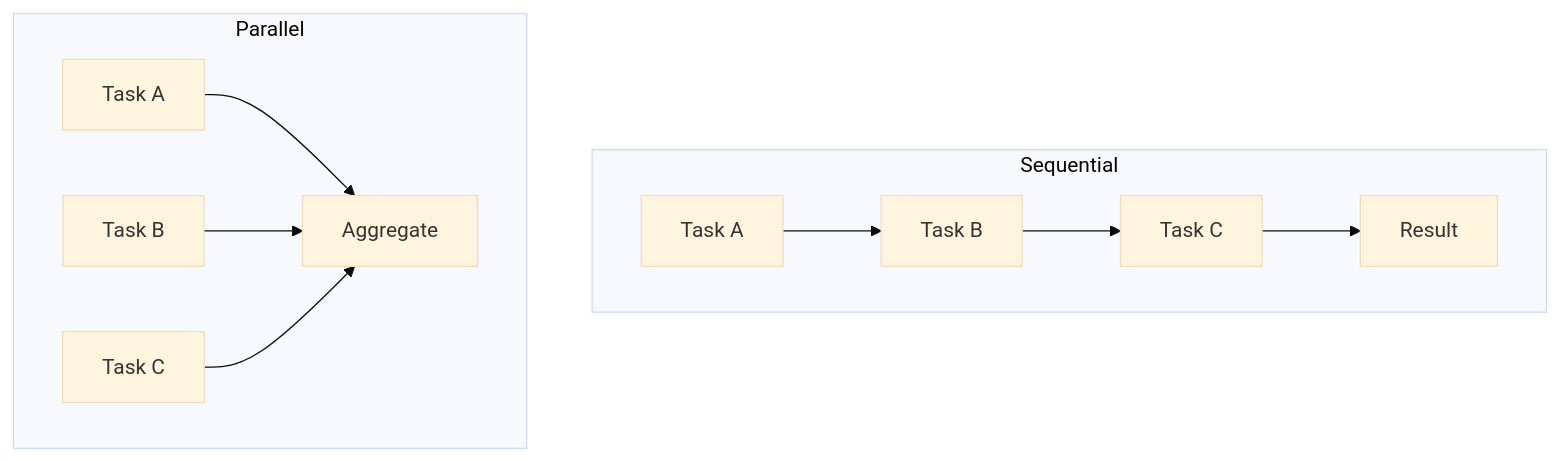
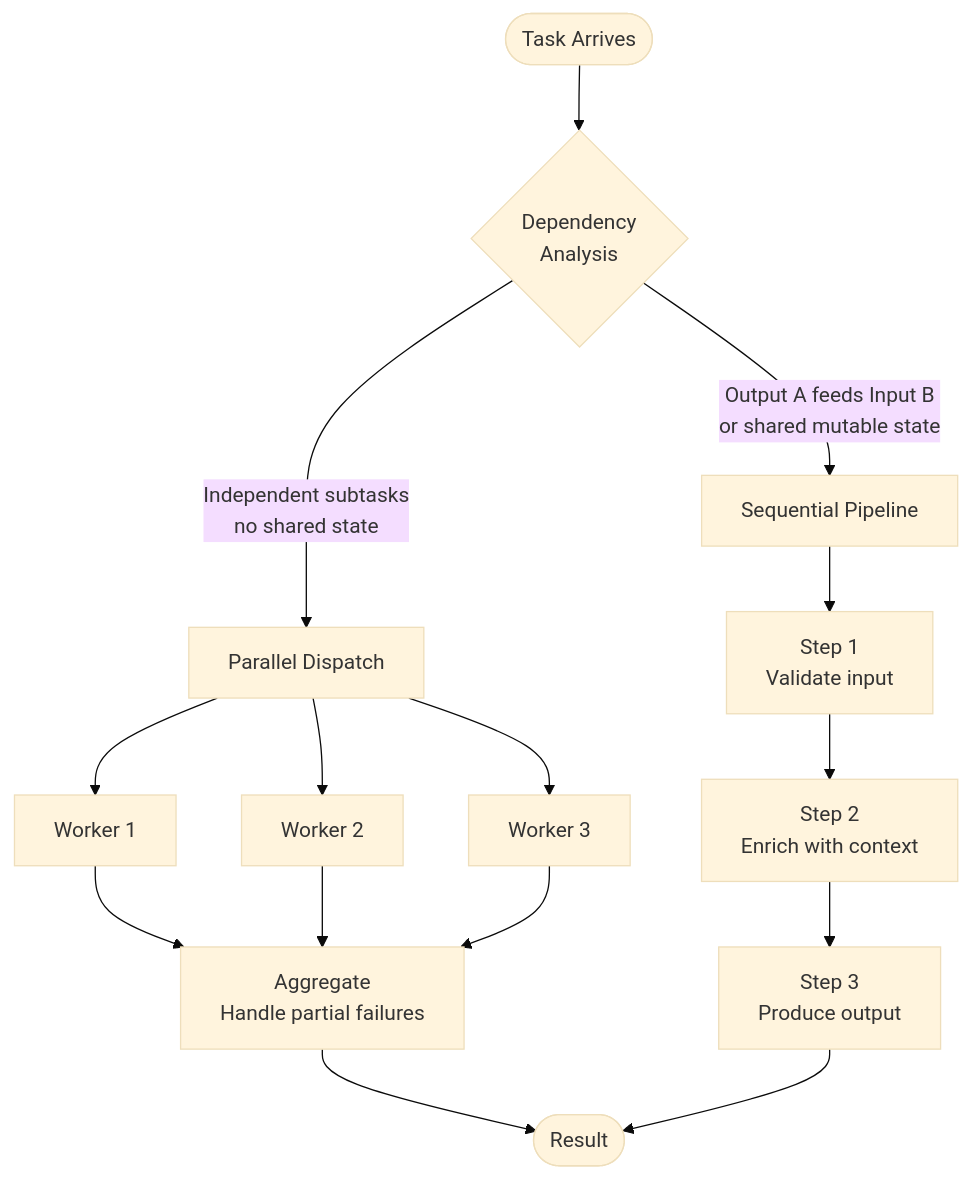
Before and after one commit to clouatre-labs/code-analyze-mcp: the third of 4 diagrams in docs/anthropic-mcp-agents-orchestration.md, drawn with Mermaid (base theme). The commit also changed other lines of this file, not shown here.

First line of the commit message:
docs: improve diagrams and add code snippets in mcp-agents-orchestration (#266)

````diff
--- a/docs/anthropic-mcp-agents-orchestration.md
+++ b/docs/anthropic-mcp-agents-orchestration.md
@@ -103,17 +139,21 @@
 ```mermaid
 graph TD
-    subgraph Sequential
-        T1[Task A] --> T2[Task B]
-        T2 --> T3[Task C]
-        T3 --> R1[Result]
-    end
+    START([Task Arrives]) --> DEP{Dependency<br/>Analysis}
 
-    subgraph Parallel
-        T4[Task A]
-        T5[Task B]
-        T6[Task C]
-        T4 --> R2[Aggregate]
-        T5 --> R2
-        T6 --> R2
-    end
+    DEP -->|"Independent subtasks<br/>no shared state"| PAR[Parallel Dispatch]
+    DEP -->|"Output A feeds Input B<br/>or shared mutable state"| SEQ[Sequential Pipeline]
+
+    PAR --> W1[Worker 1]
+    PAR --> W2[Worker 2]
+    PAR --> W3[Worker 3]
+    W1 --> AGG[Aggregate<br/>Handle partial failures]
+    W2 --> AGG
+    W3 --> AGG
+
+    SEQ --> S1[Step 1<br/>Validate input]
+    S1 --> S2[Step 2<br/>Enrich with context]
+    S2 --> S3[Step 3<br/>Produce output]
+
+    AGG --> DONE([Result])
+    S3 --> DONE
 ```
````
